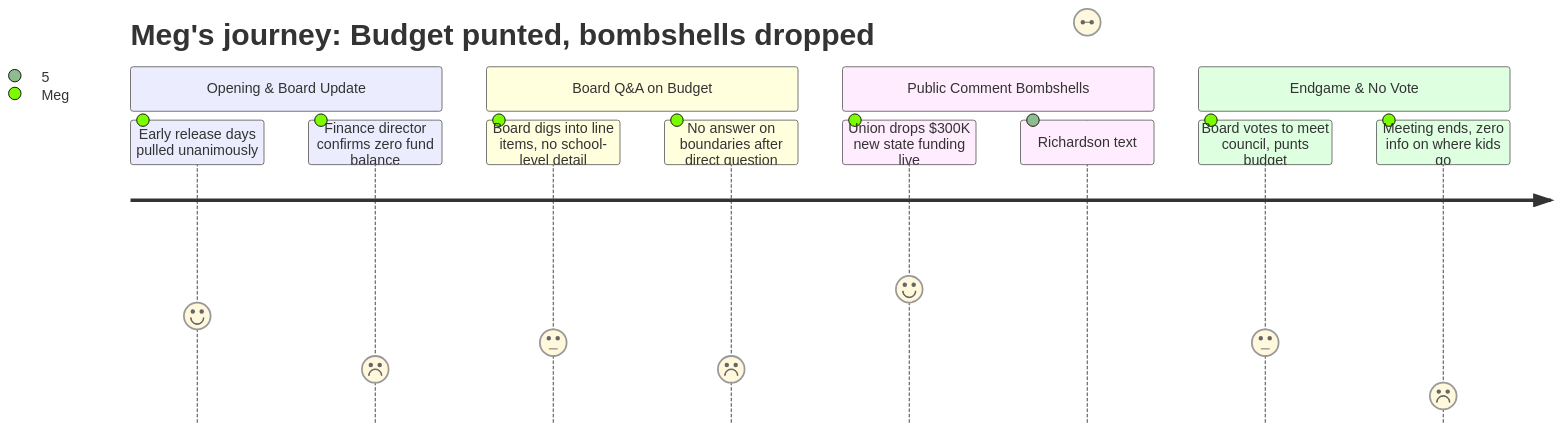
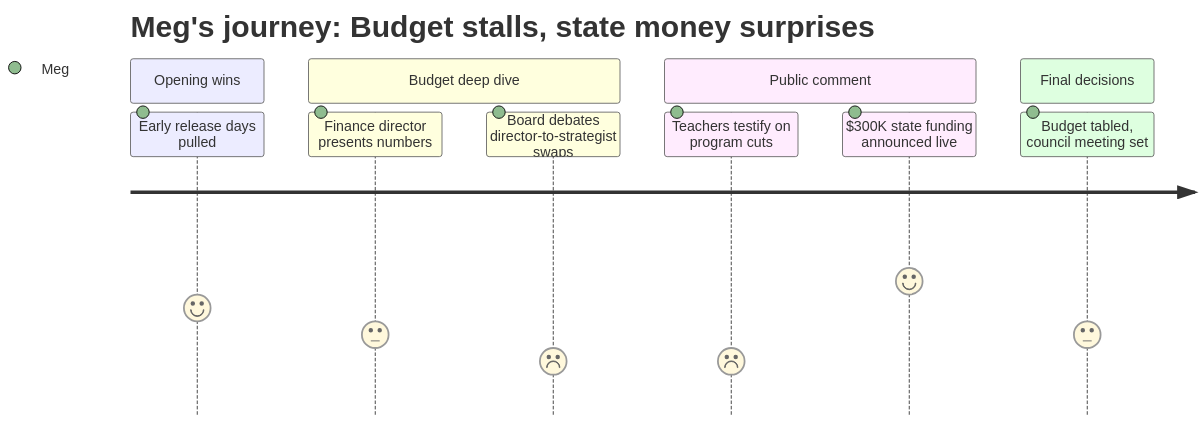
One commit to cristoslc/2026-south-portland-school-budget changed the diagram in data/interpretation/meetings/2026-04-02-school-board/PERSONA-011.md. Above: the diagram before and after it, drawn with Mermaid. The commit also changed other lines of this file and 124 other files, not shown here.

````diff
--- a/data/interpretation/meetings/2026-04-02-school-board/PERSONA-011.md
+++ b/data/interpretation/meetings/2026-04-02-school-board/PERSONA-011.md
@@ -84,16 +77,14 @@
 ```mermaid
 journey
-    title Meg's journey: Budget punted, bombshells dropped
-    section Opening & Board Update
-        Early release days pulled unanimously: 4: Meg
-        Finance director confirms zero fund balance: 2: Meg
-    section Board Q&A on Budget
-        Board digs into line items, no school-level detail: 3: Meg
-        No answer on boundaries after direct question: 2: Meg
-    section Public Comment Bombshells
-        Union drops $300K new state funding live: 5: Meg
-        Richardson text: $750K more from EPS formula: 5: Meg
-    section Endgame & No Vote
-        Board votes to meet council, punts budget: 3: Meg
-        Meeting ends, zero info on where kids go: 1: Meg
+    title Meg's journey: Budget stalls, state money surprises
+    section Opening wins
+        Early release days pulled: 4: Meg
+    section Budget deep dive
+        Finance director presents numbers: 3: Meg
+        Board debates director-to-strategist swaps: 2: Meg
+    section Public comment
+        Teachers testify on program cuts: 2: Meg
+        $300K state funding announced live: 5: Meg
+    section Final decisions
+        Budget tabled, council meeting set: 3: Meg
 ```
````
